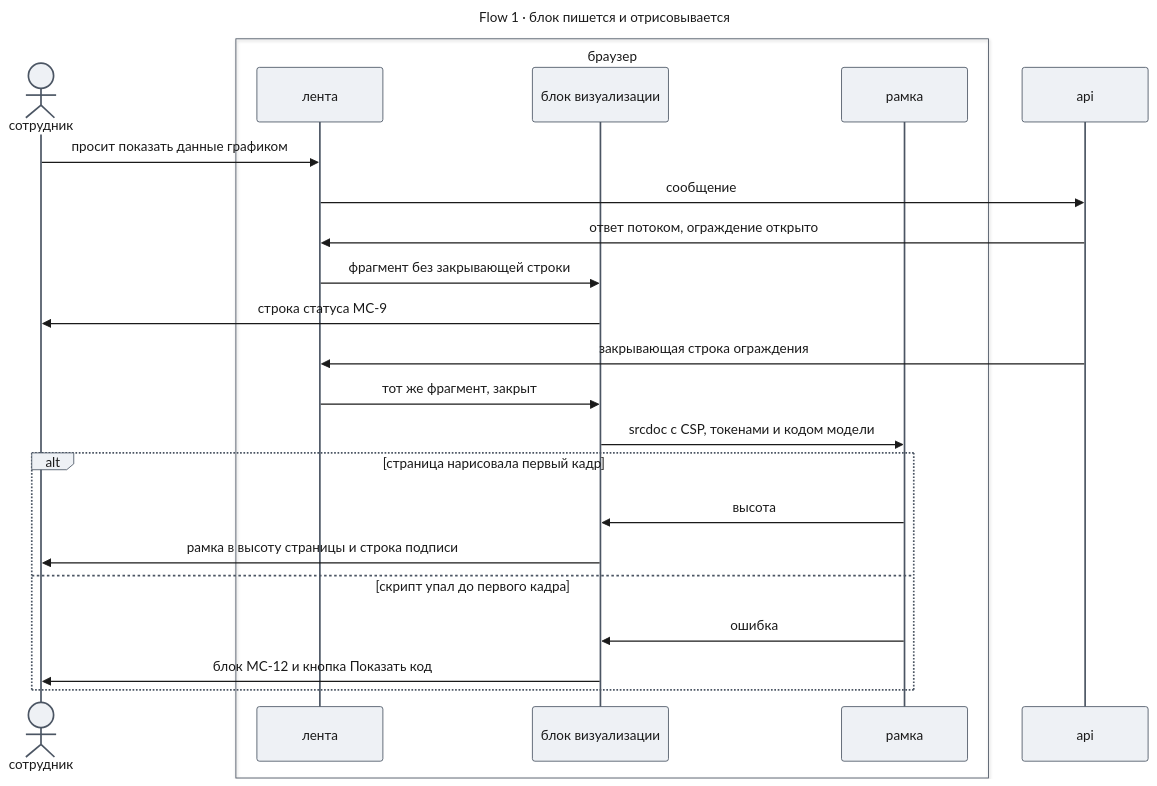
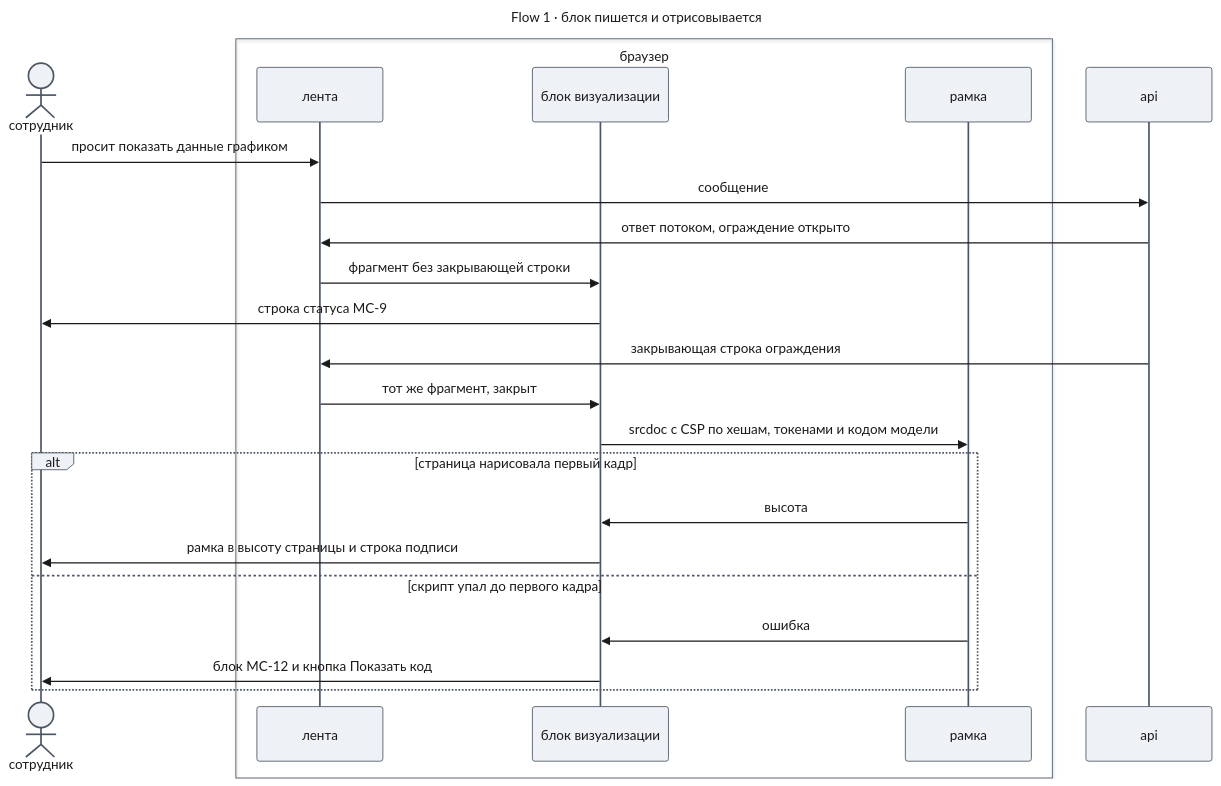
One commit to tundraray/agent-os changed the third of 6 diagrams in docs/features/theming/design-inline-vis.md. Above: the diagram before and after it, drawn with Mermaid. The commit also changed other lines of this file, not shown here.

Commit message:
docs: block WebRTC by script hashes and confirm links in the visualization design

````diff
--- a/docs/features/theming/design-inline-vis.md
+++ b/docs/features/theming/design-inline-vis.md
@@ -284,50 +335,50 @@
 ```mermaid
 ---
 title: "Flow 1 · блок пишется и отрисовывается"
 config:
   theme: base
   look: classic
   themeVariables:
     primaryColor: "#eef1f5"
     primaryBorderColor: "#4b5563"
     primaryTextColor: "#1a1a1a"
     lineColor: "#6b7280"
   themeCSS: |
     @keyframes litr_iv4{0%,7.5%{stroke:#1d4ed8;stroke-width:6px}8.33%,100%{stroke:#37474f;stroke-width:2px}}
     .messageLine0[data-id='i0'],.messageLine1[data-id='i0']{animation:litr_iv4 14.4s linear 0s infinite}
     .messageLine0[data-id='i1'],.messageLine1[data-id='i1']{animation:litr_iv4 14.4s linear 1.2s infinite}
     .messageLine0[data-id='i2'],.messageLine1[data-id='i2']{animation:litr_iv4 14.4s linear 2.4s infinite}
     .messageLine0[data-id='i3'],.messageLine1[data-id='i3']{animation:litr_iv4 14.4s linear 3.6s infinite}
     .messageLine0[data-id='i4'],.messageLine1[data-id='i4']{animation:litr_iv4 14.4s linear 4.8s infinite}
     .messageLine0[data-id='i5'],.messageLine1[data-id='i5']{animation:litr_iv4 14.4s linear 6s infinite}
     .messageLine0[data-id='i6'],.messageLine1[data-id='i6']{animation:litr_iv4 14.4s linear 7.2s infinite}
     .messageLine0[data-id='i7'],.messageLine1[data-id='i7']{animation:litr_iv4 14.4s linear 8.4s infinite}
     .messageLine0[data-id='i9'],.messageLine1[data-id='i9']{animation:litr_iv4 14.4s linear 9.6s infinite}
     .messageLine0[data-id='i10'],.messageLine1[data-id='i10']{animation:litr_iv4 14.4s linear 10.8s infinite}
     .messageLine0[data-id='i12'],.messageLine1[data-id='i12']{animation:litr_iv4 14.4s linear 12s infinite}
     .messageLine0[data-id='i13'],.messageLine1[data-id='i13']{animation:litr_iv4 14.4s linear 13.2s infinite}
 ---
 sequenceDiagram
     actor User as сотрудник
     box браузер
         participant Feed as лента
         participant Block as блок визуализации
         participant Frame as рамка
     end
     participant API as api
     User->>Feed: просит показать данные графиком
     Feed->>API: сообщение
     API->>Feed: ответ потоком, ограждение открыто
     Feed->>Block: фрагмент без закрывающей строки
     Block->>User: строка статуса MC-9
     API->>Feed: закрывающая строка ограждения
     Feed->>Block: тот же фрагмент, закрыт
-    Block->>Frame: srcdoc с CSP, токенами и кодом модели
+    Block->>Frame: srcdoc с CSP по хешам, токенами и кодом модели
     alt страница нарисовала первый кадр
         Frame->>Block: высота
         Block->>User: рамка в высоту страницы и строка подписи
     else скрипт упал до первого кадра
         Frame->>Block: ошибка
         Block->>User: блок MC-12 и кнопка Показать код
     end
 ```
````
